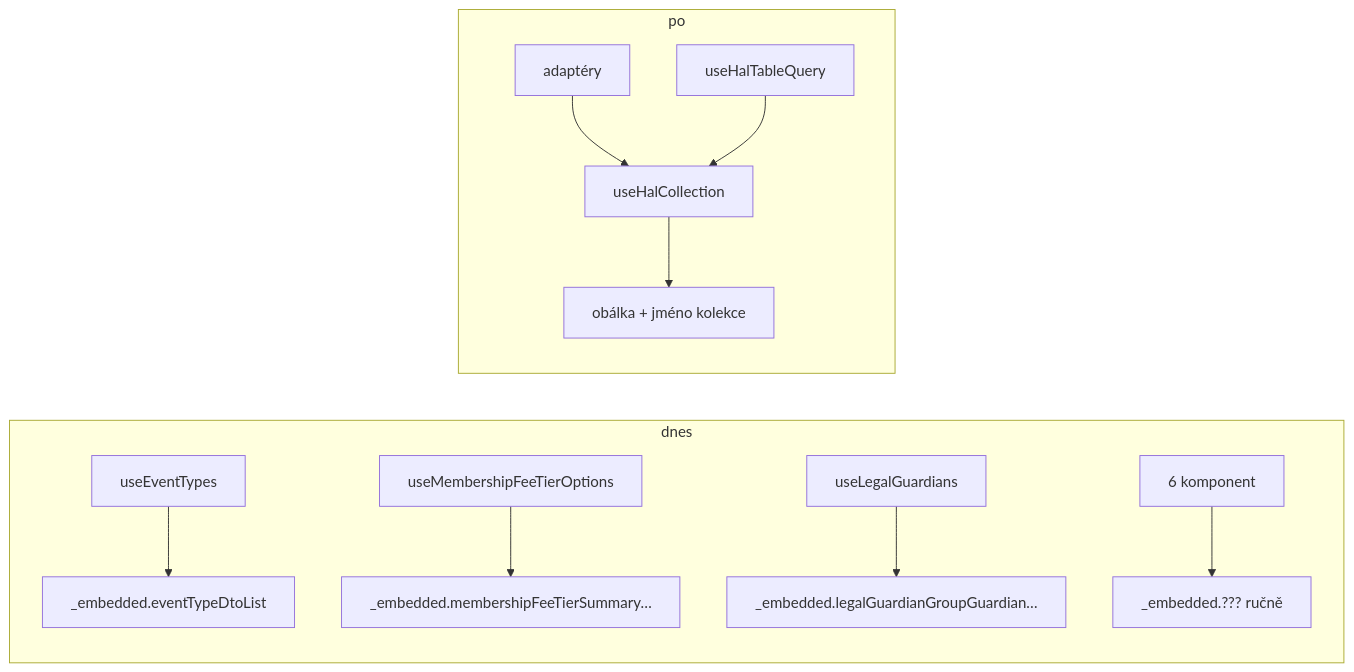
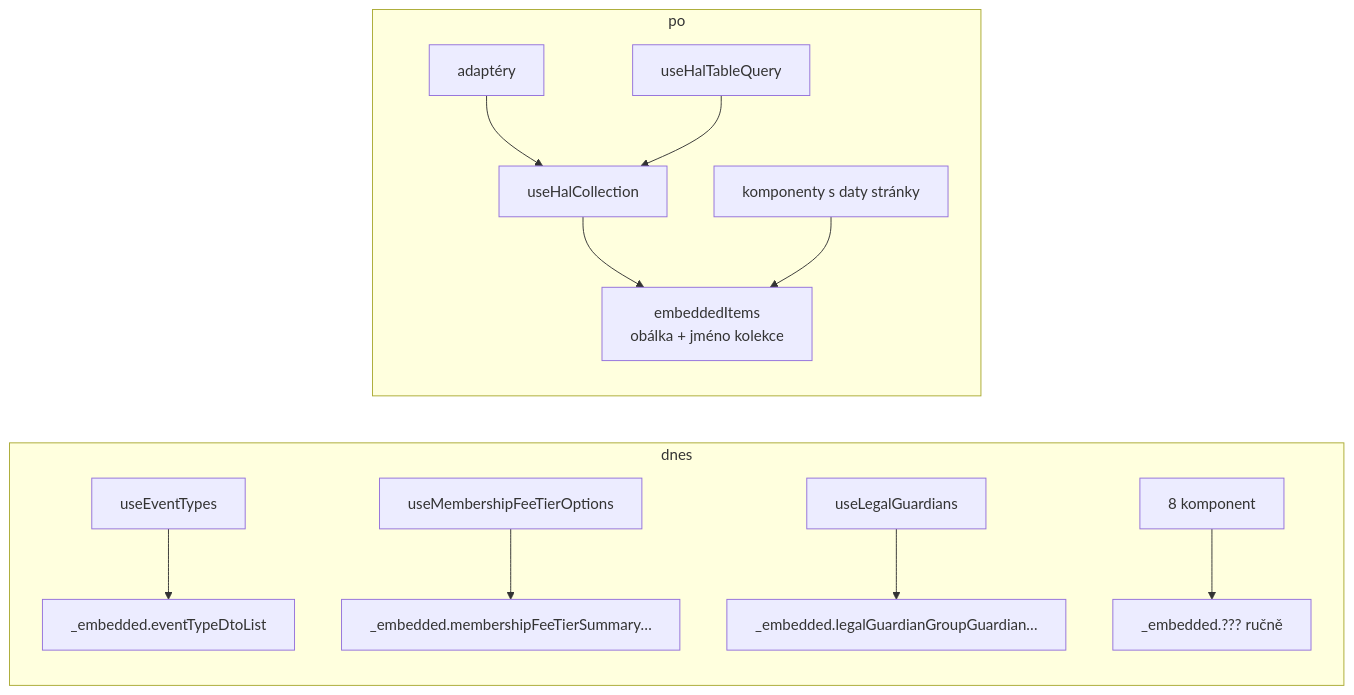
The diagram in openspec/changes/deepen-hal-collection/proposal.md (zabiny/klabis), drawn with Mermaid before and after one commit. The commit also changed other lines of this file and 2 other files, not shown here.

Commit message:
docs(openspec): refine the HAL collection proposal

````diff
--- a/openspec/changes/deepen-hal-collection/proposal.md
+++ b/openspec/changes/deepen-hal-collection/proposal.md
@@ -7,14 +7,16 @@
 ```mermaid
 flowchart LR
   subgraph today["dnes"]
     A["useEventTypes"] --> U1["_embedded.eventTypeDtoList"]
     B["useMembershipFeeTierOptions"] --> U2["_embedded.membershipFeeTierSummary…"]
     C["useLegalGuardians"] --> U3["_embedded.legalGuardianGroupGuardian…"]
-    D["6 komponent"] --> U4["_embedded.???  ručně"]
+    D["8 komponent"] --> U4["_embedded.???  ručně"]
   end
   subgraph after["po"]
-    X["useHalCollection"] --> H["obálka + jméno kolekce"]
+    E["embeddedItems<br/>obálka + jméno kolekce"]
+    X["useHalCollection"] --> E
+    P["komponenty s daty stránky"] --> E
     Y["adaptéry"] --> X
     Z["useHalTableQuery"] --> X
   end
 ```
````
